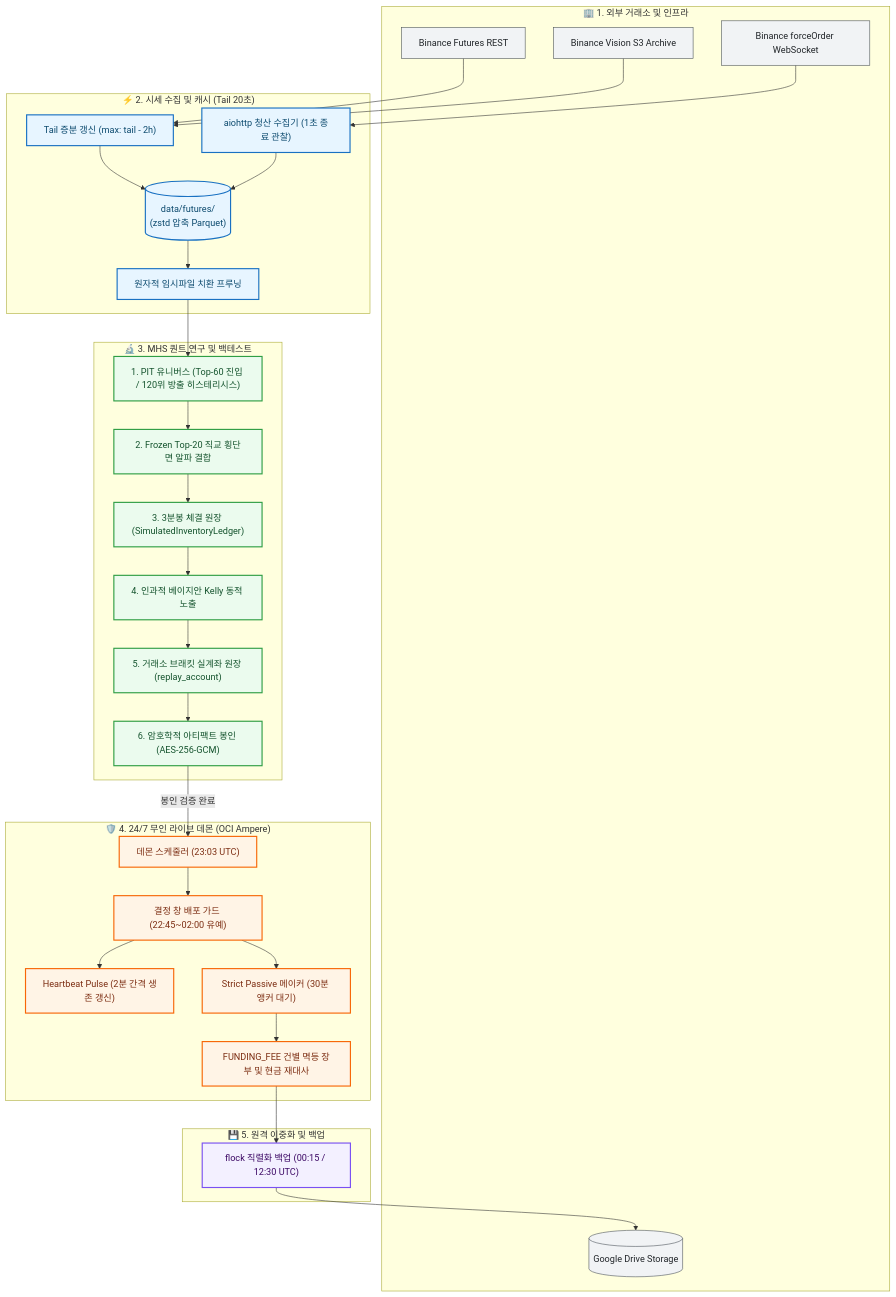
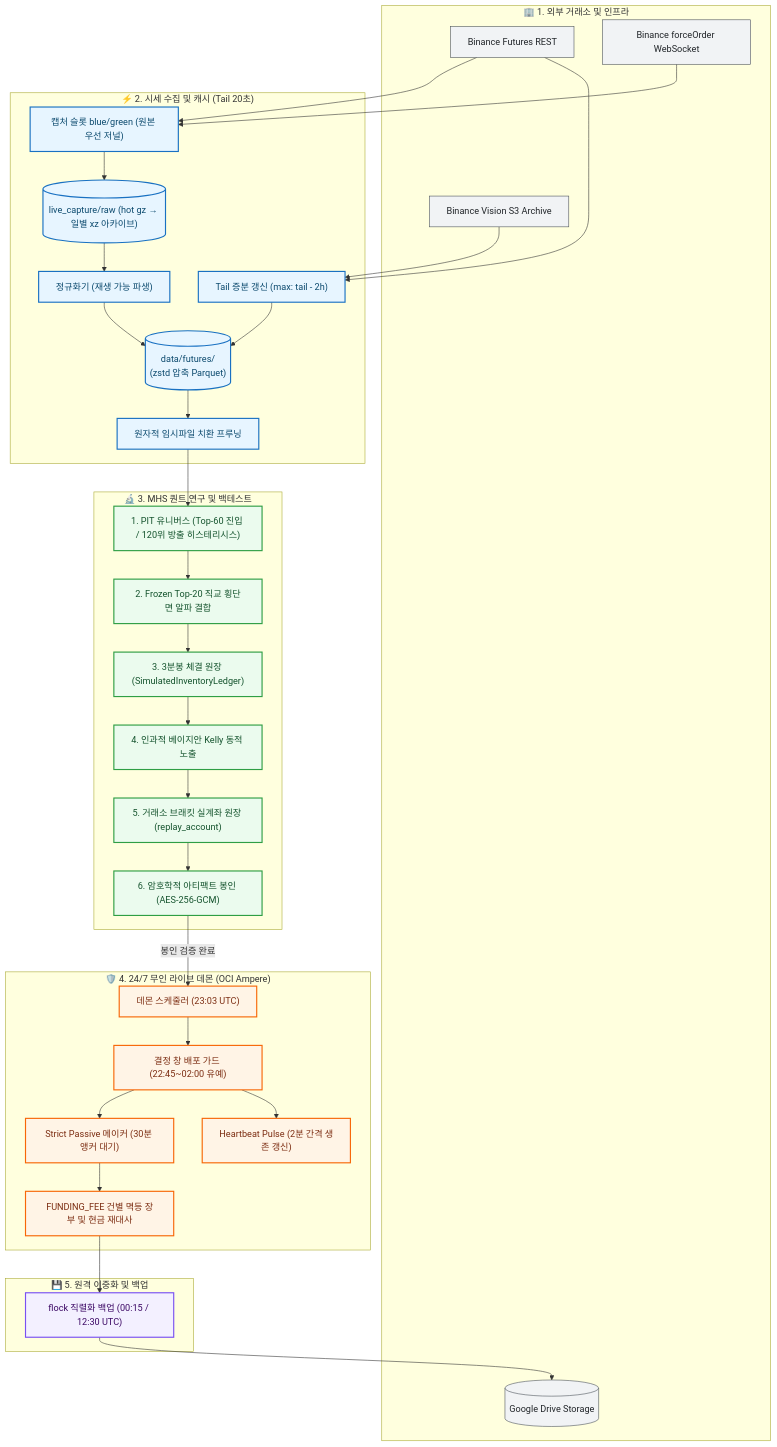
The diagram in README.md (KTHYEONG/crypto-pilot), drawn with Mermaid before and after one commit. The commit also changed 73 other files, not shown here.

````diff
--- a/README.md
+++ b/README.md
@@ -50,44 +50,47 @@
 ```mermaid
 flowchart TD
     classDef vendor fill:#f1f3f5,stroke:#495057,stroke-width:1px,color:#212529;
     classDef stage1 fill:#e7f5ff,stroke:#1971c2,stroke-width:2px,color:#0c4a6e;
     classDef stage2 fill:#ebfbee,stroke:#2f9e44,stroke-width:2px,color:#14532d;
     classDef stage3 fill:#f3f0ff,stroke:#7950f2,stroke-width:2px,color:#3b0764;
     classDef stage4 fill:#fff4e6,stroke:#f76707,stroke-width:2px,color:#7c2d12;
 
     subgraph Vendors ["🏢 1. 외부 거래소 및 인프라"]
         FAPI["Binance Futures REST"]:::vendor
         VISION["Binance Vision S3 Archive"]:::vendor
         WS["Binance forceOrder WebSocket"]:::vendor
         GDRIVE[("Google Drive Storage")]:::vendor
     end
 
     subgraph DataTier ["⚡ 2. 시세 수집 및 캐시 (Tail 20초)"]
         FAPI & VISION --> Refresh["Tail 증분 갱신 (max: tail - 2h)"]:::stage1
-        WS --> Stream["aiohttp 청산 수집기 (1초 종료 관찰)"]:::stage1
-        Refresh & Stream --> ParquetStore[("data/futures/<br/>(zstd 압축 Parquet)")]:::stage1
+        FAPI & WS --> Capture["캡처 슬롯 blue/green (원본 우선 저널)"]:::stage1
+        Capture --> RawJournal[("live_capture/raw (hot gz → 일별 xz 아카이브)")]:::stage1
+        RawJournal --> Normalizer["정규화기 (재생 가능 파생)"]:::stage1
+        Refresh --> ParquetStore[("data/futures/<br/>(zstd 압축 Parquet)")]:::stage1
+        Normalizer --> ParquetStore
         ParquetStore --> Prune["원자적 임시파일 치환 프루닝"]:::stage1
     end
 
     subgraph ResearchTier ["🔬 3. MHS 퀀트 연구 및 백테스트"]
         Prune --> S1["1. PIT 유니버스 (Top-60 진입 / 120위 방출 히스테리시스)"]:::stage2
         S1 --> S2["2. Frozen Top-20 직교 횡단면 알파 결합"]:::stage2
         S2 --> S3["3. 3분봉 체결 원장 (SimulatedInventoryLedger)"]:::stage2
         S3 --> S4["4. 인과적 베이지안 Kelly 동적 노출"]:::stage2
         S4 --> S5["5. 거래소 브래킷 실계좌 원장 (replay_account)"]:::stage2
         S5 --> S6["6. 암호학적 아티팩트 봉인 (AES-256-GCM)"]:::stage2
     end
 
     subgraph LiveTier ["🛡️ 4. 24/7 무인 라이브 데몬 (OCI Ampere)"]
         S6 -->|봉인 검증 완료| Scheduler["데몬 스케줄러 (23:03 UTC)"]:::stage4
         Scheduler --> DeployGate["결정 창 배포 가드 (22:45~02:00 유예)"]:::stage4
         DeployGate --> Pulse["Heartbeat Pulse (2분 간격 생존 갱신)"]:::stage4
         DeployGate --> Execution["Strict Passive 메이커 (30분 앵커 대기)"]:::stage4
         Execution --> TaxLedger["FUNDING_FEE 건별 멱등 장부 및 현금 재대사"]:::stage4
     end
 
     subgraph BackupTier ["💾 5. 원격 이중화 및 백업"]
         TaxLedger --> Backup["flock 직렬화 백업 (00:15 / 12:30 UTC)"]:::stage3
         Backup --> GDRIVE
     end
 ```
````
